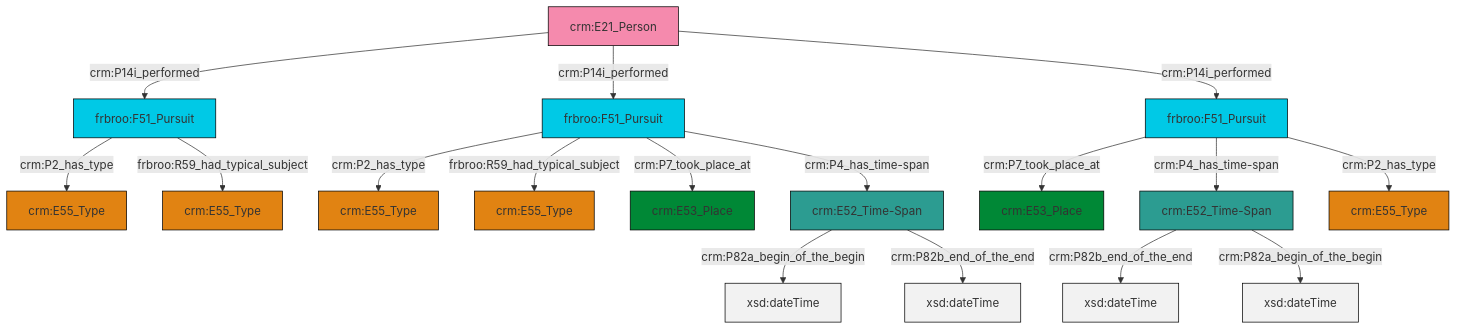
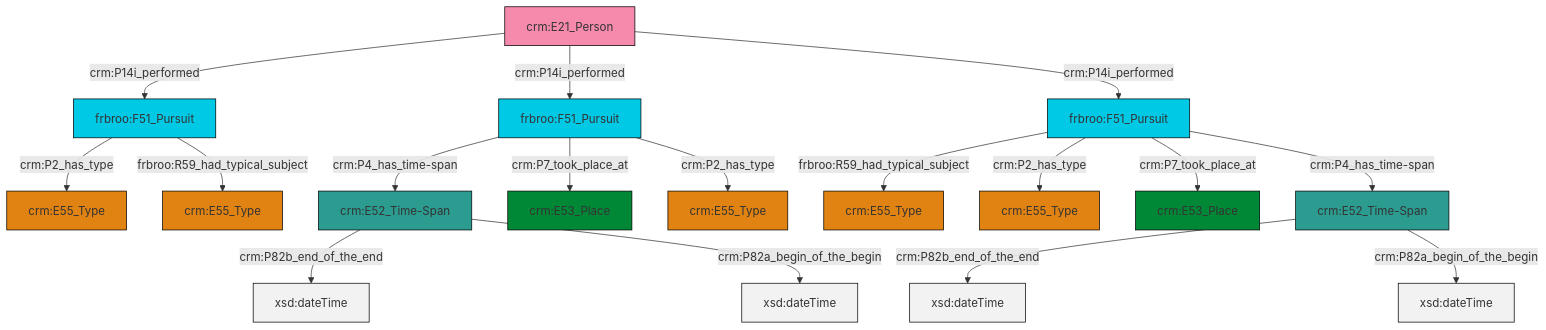
Before and after one commit to swiss-art-research-net/reference-data-models: the diagram in et/personCSV/ttl/mmd/Person_Event.ttl.mmd, drawn with Mermaid. The commit also changed 125 other files, not shown here.

```diff
--- a/et/personCSV/ttl/mmd/Person_Event.ttl.mmd
+++ b/et/personCSV/ttl/mmd/Person_Event.ttl.mmd
@@ -1,31 +1,31 @@
 graph TD
 classDef Literal fill:#f2f2f2,stroke:#000000;
 classDef CRM_Entity fill:#FFFFFF,stroke:#000000;
 classDef Temporal_Entity fill:#00C9E6, stroke:#000000;
 classDef Type fill:#E18312, stroke:#000000;
 classDef Time-Span fill:#2C9C91, stroke:#000000;
 classDef Appellation fill:#FFEB7F, stroke:#000000;
 classDef Place fill:#008836, stroke:#000000;
 classDef Persistent_Item fill:#B266B2, stroke:#000000;
 classDef Conceptual_Object fill:#FFD700, stroke:#000000;
 classDef Physical_Thing fill:#D2B48C, stroke:#000000;
 classDef Actor fill:#f58aad, stroke:#000000;
 classDef PC_Classes fill:#4ce600, stroke:#000000;
 classDef Multi fill:#cccccc,stroke:#000000;
 
-0["frbroo:F51_Pursuit"]:::Temporal_Entity -->|crm:P7_took_place_at| 1["crm:E53_Place"]:::Place
-0["frbroo:F51_Pursuit"]:::Temporal_Entity -->|crm:P4_has_time-span| 4["crm:E52_Time-Span"]:::Time-Span
-5["frbroo:F51_Pursuit"]:::Temporal_Entity -->|crm:P2_has_type| 6["crm:E55_Type"]:::Type
-7["frbroo:F51_Pursuit"]:::Temporal_Entity -->|crm:P2_has_type| 8["crm:E55_Type"]:::Type
-5["frbroo:F51_Pursuit"]:::Temporal_Entity -->|frbroo:R59_had_typical_subject| 12["crm:E55_Type"]:::Type
-5["frbroo:F51_Pursuit"]:::Temporal_Entity -->|crm:P7_took_place_at| 2["crm:E53_Place"]:::Place
-7["frbroo:F51_Pursuit"]:::Temporal_Entity -->|frbroo:R59_had_typical_subject| 16["crm:E55_Type"]:::Type
-14["crm:E52_Time-Span"]:::Time-Span -->|crm:P82a_begin_of_the_begin| 17[xsd:dateTime]:::Literal
-20["crm:E21_Person"]:::Actor -->|crm:P14i_performed| 7["frbroo:F51_Pursuit"]:::Temporal_Entity
-14["crm:E52_Time-Span"]:::Time-Span -->|crm:P82b_end_of_the_end| 21[xsd:dateTime]:::Literal
-5["frbroo:F51_Pursuit"]:::Temporal_Entity -->|crm:P4_has_time-span| 14["crm:E52_Time-Span"]:::Time-Span
-20["crm:E21_Person"]:::Actor -->|crm:P14i_performed| 5["frbroo:F51_Pursuit"]:::Temporal_Entity
-4["crm:E52_Time-Span"]:::Time-Span -->|crm:P82b_end_of_the_end| 23[xsd:dateTime]:::Literal
-20["crm:E21_Person"]:::Actor -->|crm:P14i_performed| 0["frbroo:F51_Pursuit"]:::Temporal_Entity
-0["frbroo:F51_Pursuit"]:::Temporal_Entity -->|crm:P2_has_type| 18["crm:E55_Type"]:::Type
-4["crm:E52_Time-Span"]:::Time-Span -->|crm:P82a_begin_of_the_begin| 32[xsd:dateTime]:::Literal
+0["crm:E52_Time-Span"]:::Time-Span -->|crm:P82b_end_of_the_end| 1[xsd:dateTime]:::Literal
+2["frbroo:F51_Pursuit"]:::Temporal_Entity -->|crm:P4_has_time-span| 0["crm:E52_Time-Span"]:::Time-Span
+2["frbroo:F51_Pursuit"]:::Temporal_Entity -->|crm:P7_took_place_at| 13["crm:E53_Place"]:::Place
+0["crm:E52_Time-Span"]:::Time-Span -->|crm:P82a_begin_of_the_begin| 15[xsd:dateTime]:::Literal
+7["frbroo:F51_Pursuit"]:::Temporal_Entity -->|crm:P2_has_type| 3["crm:E55_Type"]:::Type
+16["crm:E21_Person"]:::Actor -->|crm:P14i_performed| 7["frbroo:F51_Pursuit"]:::Temporal_Entity
+9["frbroo:F51_Pursuit"]:::Temporal_Entity -->|frbroo:R59_had_typical_subject| 20["crm:E55_Type"]:::Type
+9["frbroo:F51_Pursuit"]:::Temporal_Entity -->|crm:P2_has_type| 17["crm:E55_Type"]:::Type
+16["crm:E21_Person"]:::Actor -->|crm:P14i_performed| 2["frbroo:F51_Pursuit"]:::Temporal_Entity
+16["crm:E21_Person"]:::Actor -->|crm:P14i_performed| 9["frbroo:F51_Pursuit"]:::Temporal_Entity
+2["frbroo:F51_Pursuit"]:::Temporal_Entity -->|crm:P2_has_type| 24["crm:E55_Type"]:::Type
+7["frbroo:F51_Pursuit"]:::Temporal_Entity -->|frbroo:R59_had_typical_subject| 11["crm:E55_Type"]:::Type
+9["frbroo:F51_Pursuit"]:::Temporal_Entity -->|crm:P7_took_place_at| 5["crm:E53_Place"]:::Place
+9["frbroo:F51_Pursuit"]:::Temporal_Entity -->|crm:P4_has_time-span| 21["crm:E52_Time-Span"]:::Time-Span
+21["crm:E52_Time-Span"]:::Time-Span -->|crm:P82b_end_of_the_end| 30[xsd:dateTime]:::Literal
+21["crm:E52_Time-Span"]:::Time-Span -->|crm:P82a_begin_of_the_begin| 32[xsd:dateTime]:::Literal
```
